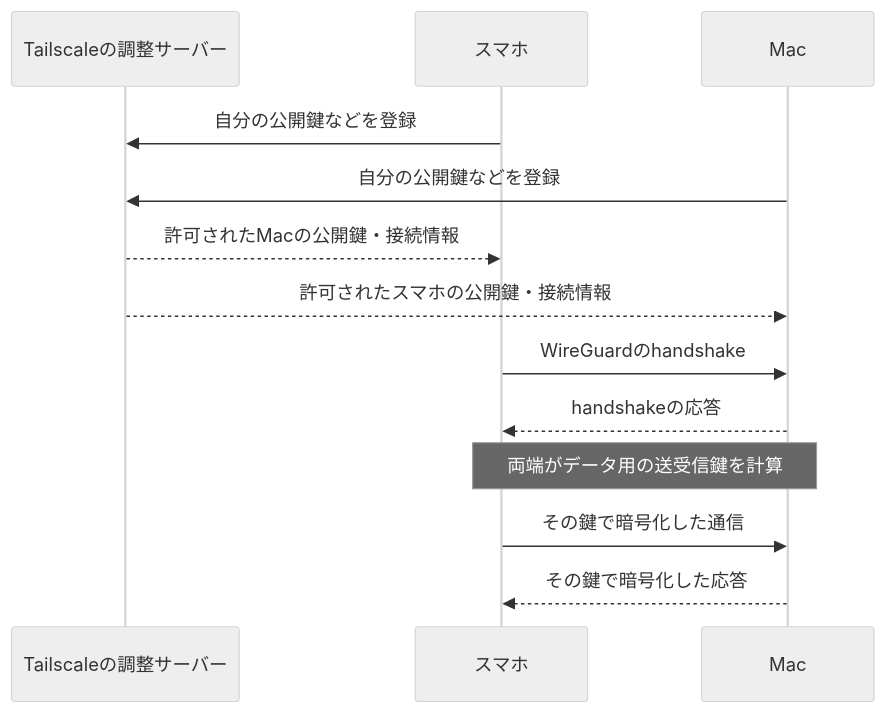
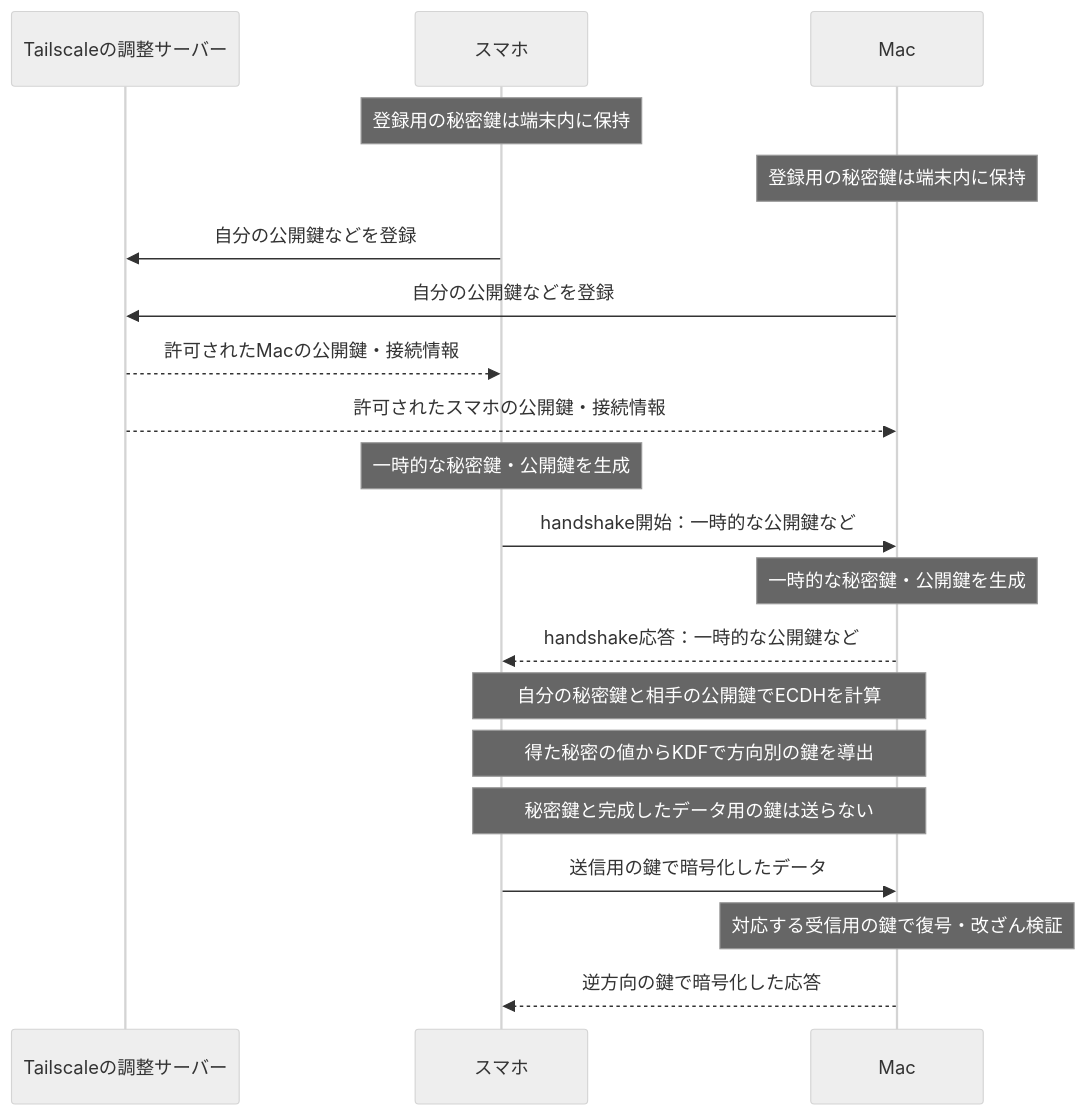
One commit to susumutomita/zenn-article changed the third of 6 diagrams in articles/tailscale-mulmoterminal-network.md. Above: the diagram before and after it, drawn with Mermaid (neutral theme). The commit also changed other lines of this file, not shown here.

````diff
--- a/articles/tailscale-mulmoterminal-network.md
+++ b/articles/tailscale-mulmoterminal-network.md
@@ -88,15 +195,22 @@
 ```mermaid
 sequenceDiagram
   participant S as Tailscaleの調整サーバー
   participant P as スマホ
   participant M as Mac
+  Note over P: 登録用の秘密鍵は端末内に保持
+  Note over M: 登録用の秘密鍵は端末内に保持
   P->>S: 自分の公開鍵などを登録
   M->>S: 自分の公開鍵などを登録
   S-->>P: 許可されたMacの公開鍵・接続情報
   S-->>M: 許可されたスマホの公開鍵・接続情報
-  P->>M: WireGuardのhandshake
-  M-->>P: handshakeの応答
-  Note over P,M: 両端がデータ用の送受信鍵を計算
-  P->>M: その鍵で暗号化した通信
-  M-->>P: その鍵で暗号化した応答
+  Note over P: 一時的な秘密鍵・公開鍵を生成
+  P->>M: handshake開始：一時的な公開鍵など
+  Note over M: 一時的な秘密鍵・公開鍵を生成
+  M-->>P: handshake応答：一時的な公開鍵など
+  Note over P,M: 自分の秘密鍵と相手の公開鍵でECDHを計算
+  Note over P,M: 得た秘密の値からKDFで方向別の鍵を導出
+  Note over P,M: 秘密鍵と完成したデータ用の鍵は送らない
+  P->>M: 送信用の鍵で暗号化したデータ
+  Note over M: 対応する受信用の鍵で復号・改ざん検証
+  M-->>P: 逆方向の鍵で暗号化した応答
 ```
````
